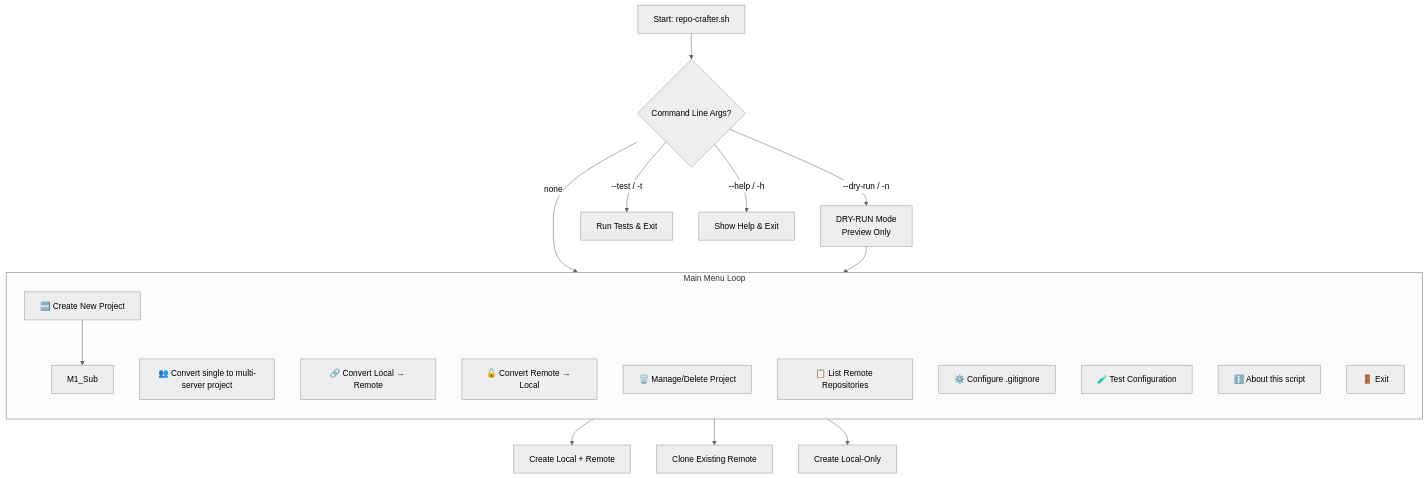
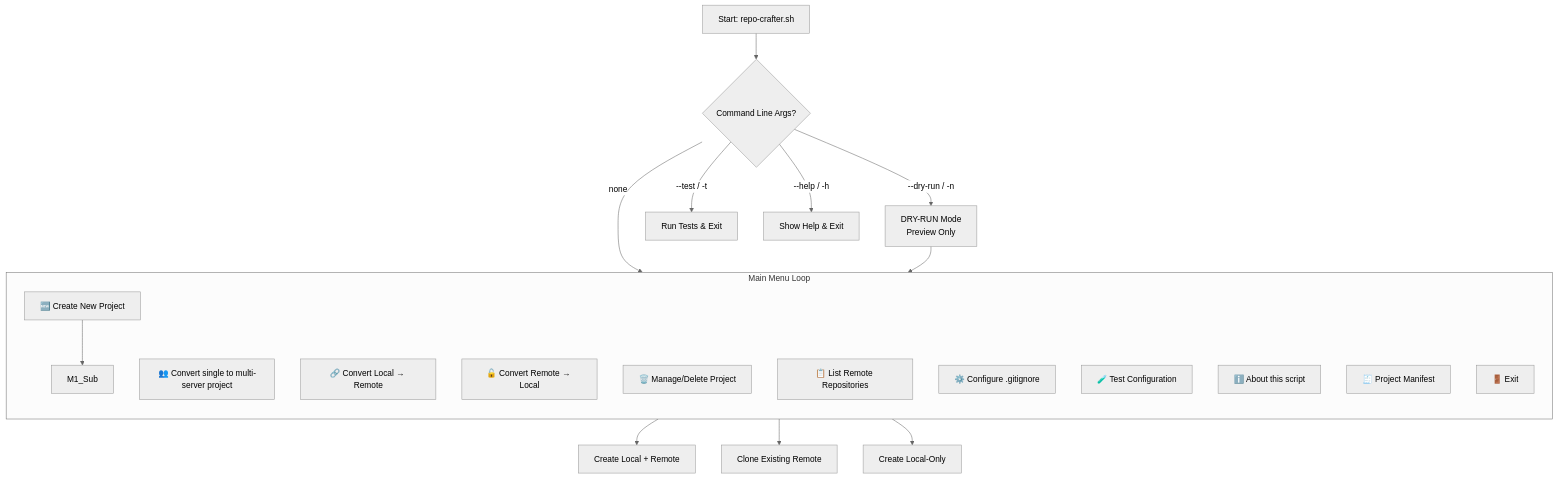
Before and after one commit to DevKingofEarth/Repo-Crafter: the first of 2 diagrams in README.md, drawn with Mermaid (neutral theme). The commit also changed other lines of this file and 4 other files, not shown here.

````diff
--- a/README.md
+++ b/README.md
@@ -34,29 +35,30 @@
 ```mermaid
 flowchart TD
     Start[Start: repo-crafter.sh] --> Args{Command Line Args?}
     Args -- "--dry-run / -n" --> Dry[DRY-RUN Mode\nPreview Only]
     Args -- "--test / -t" --> Test[Run Tests & Exit]
     Args -- "--help / -h" --> Help[Show Help & Exit]
     Args -- "none" --> MainMenu
     
     Dry --> MainMenu
     
     subgraph MainMenu [Main Menu Loop]
         direction TB
         M1[🆕 Create New Project] --> M1_Sub
         M2[👥 Convert single to multi-server project]
         M3[🔗 Convert Local → Remote]
         M4[🔓 Convert Remote → Local]
         M5[🗑️ Manage/Delete Project]
         M6[📋 List Remote Repositories]
         M7[⚙️ Configure .gitignore]
         M8[🧪 Test Configuration]
         M9[ℹ️ About this script]
+        M10[🧾 Project Manifest]
         M0[🚪 Exit]
     end
 
     M1_Sub --> C1[Create Local + Remote]
     M1_Sub --> C2[Clone Existing Remote]
     M1_Sub --> C3[Create Local-Only]
 
 ```
````
